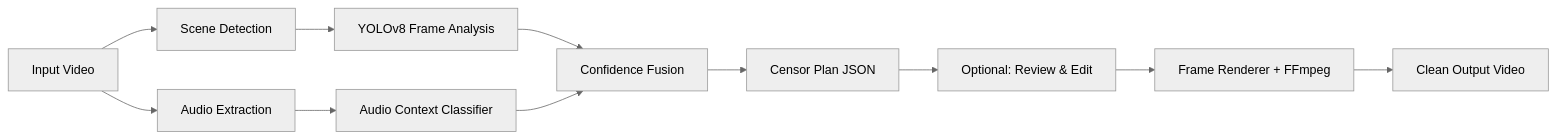
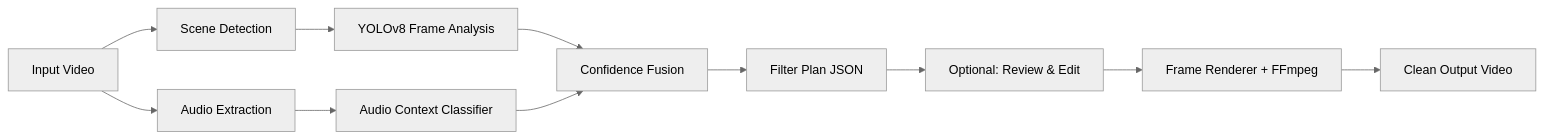
The diagram in README.md (MayonaiseLover/PureFrame), drawn with Mermaid (neutral theme) before and after one commit. The commit also changed other lines of this file and 2 other files, not shown here.

Commit message:
Polish docs: honest benchmarks, filter terminology, known limitations, acknowledgments

````diff
--- a/README.md
+++ b/README.md
@@ -55,13 +57,13 @@
 ```mermaid
 graph LR
     A[Input Video] --> B[Scene Detection]
     A --> C[Audio Extraction]
     B --> D[YOLOv8 Frame Analysis]
     C --> E[Audio Context Classifier]
     D --> F[Confidence Fusion]
     E --> F
-    F --> G[Censor Plan JSON]
+    F --> G[Filter Plan JSON]
     G --> H[Optional: Review & Edit]
     H --> I[Frame Renderer + FFmpeg]
     I --> J[Clean Output Video]
 ```
````
